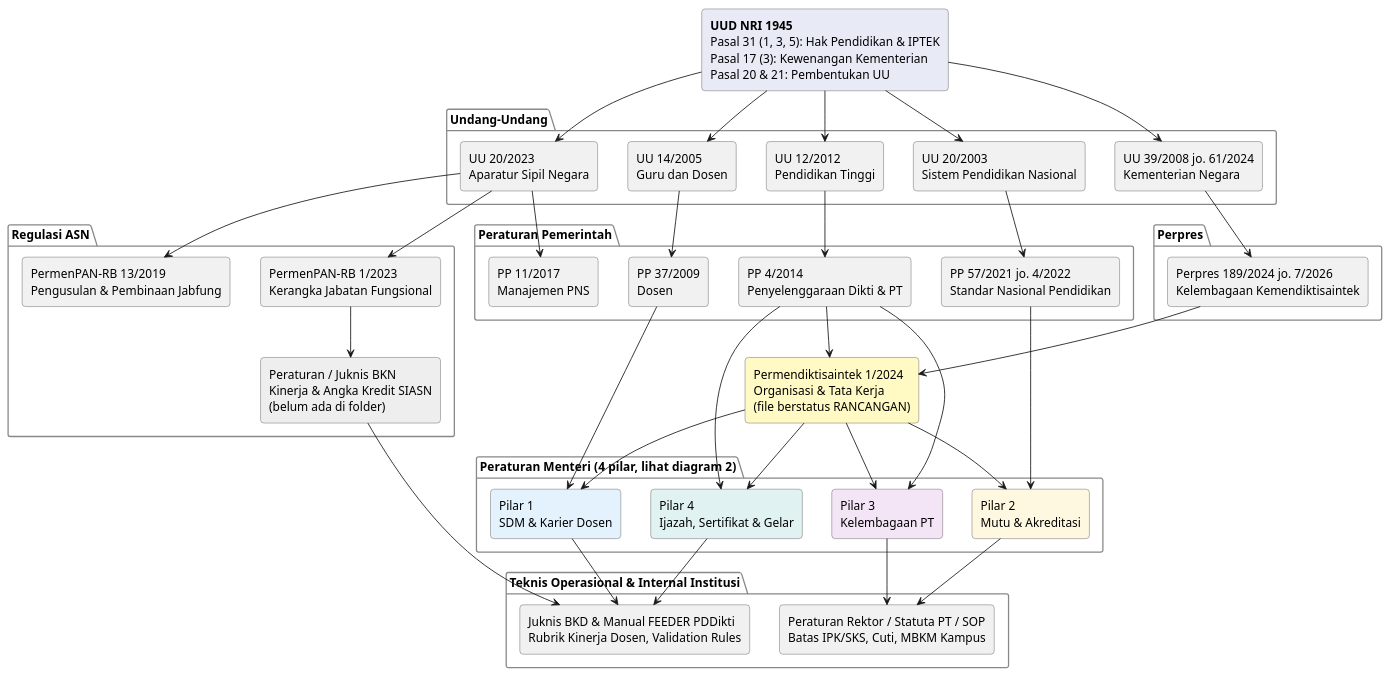
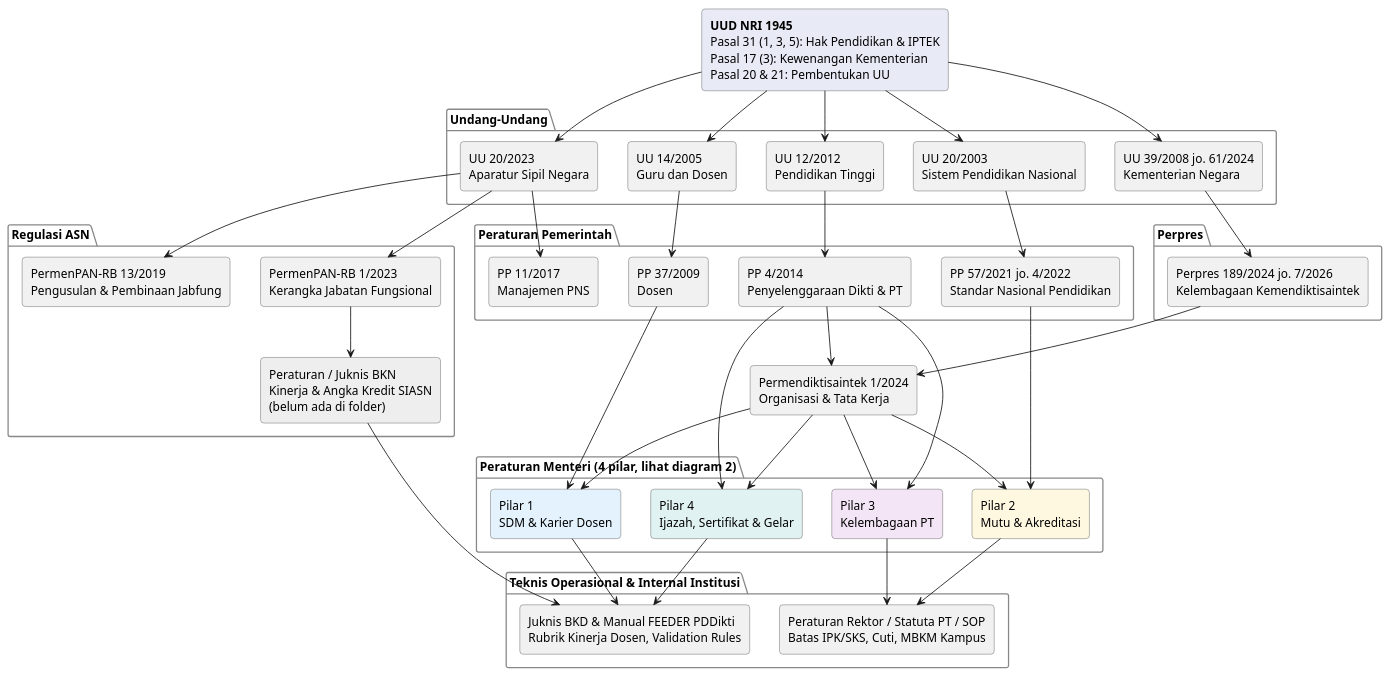
One commit to bendo01/xsia_xarx changed the first of 3 diagrams in desertation/knowledge_base.md. Above: the diagram before and after it, drawn with PlantUML. The commit also changed other lines of this file and 2 other files, not shown here.

```diff
--- a/desertation/knowledge_base.md
+++ b/desertation/knowledge_base.md
@@ -53,7 +53,7 @@
   rectangle "Peraturan / Juknis BKN\nKinerja & Angka Kredit SIASN\n(belum ada di folder)" as BKN #EEEEEE
 }
 
-rectangle "Permendiktisaintek 1/2024\nOrganisasi & Tata Kerja\n(file berstatus RANCANGAN)" as ORG #FFF9C4
+rectangle "Permendiktisaintek 1/2024\nOrganisasi & Tata Kerja" as ORG
 
 package "Peraturan Menteri (4 pilar, lihat diagram 2)" {
   rectangle "Pilar 1\nSDM & Karier Dosen" as PIL1 #E3F2FD
```
